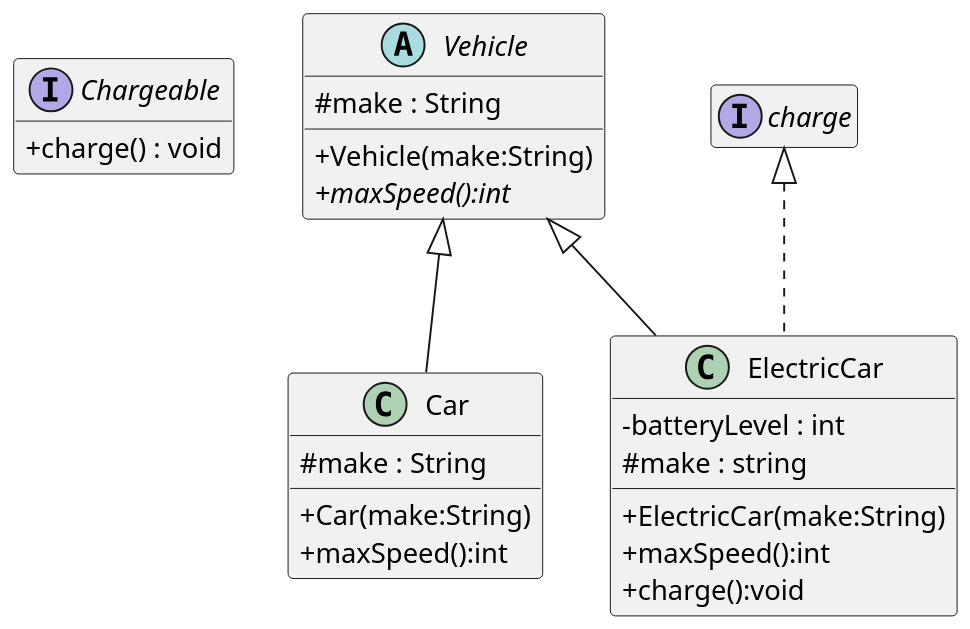
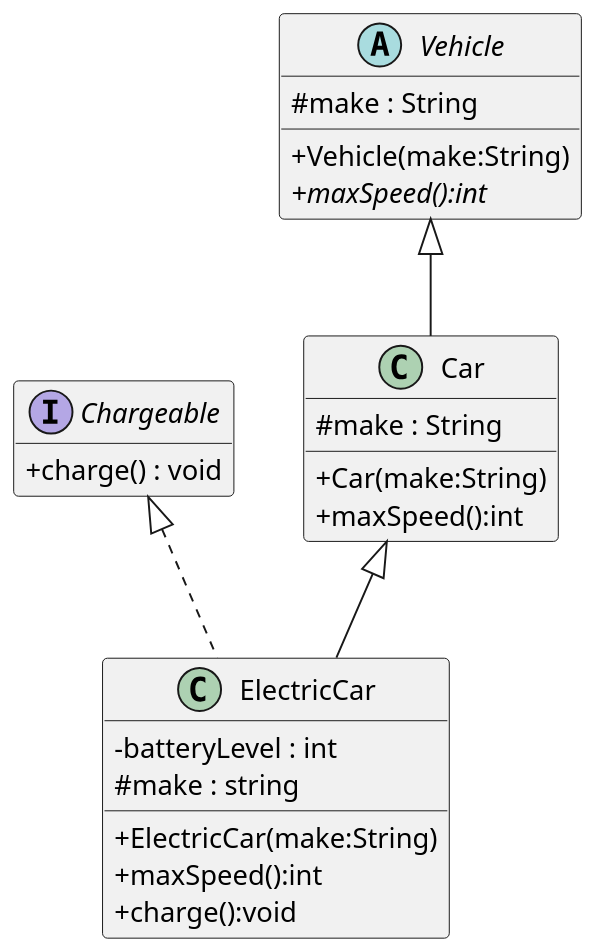
The diagram in plantuml/exercises/vehicles-uml-starter.puml (Twang240/tw-207-course-notes), drawn with PlantUML before and after one commit. The commit also changed 4 other files, not shown here.

```diff
--- a/plantuml/exercises/vehicles-uml-starter.puml
+++ b/plantuml/exercises/vehicles-uml-starter.puml
@@ -1,49 +1,49 @@
 @startuml
 skinparam dpi 150
 skinparam classAttributeIconSize 0
 hide empty members
 
 ' Your task (Chapter 3, Question 2): draw the UML class diagram for the
 ' Vehicle / Car / ElectricCar / Chargeable code.
 '
 ' Define each type as a box, then connect them with the right arrows. One box
 ' (Chargeable) is filled in as an example — complete the other three and add the
 ' relationships.
 '
 ' PlantUML cheat-sheet:
 '   interface Name { + method() : Type }
 '   abstract class Name { # field : Type }
 '   class Name { - field : Type }
 '   Parent    <|-- Child    ' generalization: Child extends Parent
 '   Interface <|.. Class    ' realization:    Class implements Interface
 ' (Putting the parent/interface on the LEFT of the arrow keeps it on top.)
 
 interface Chargeable {
   + charge() : void
 }
 
 abstract class Vehicle {
 #make : String
 +Vehicle(make:String)
 +maxSpeed():int {abstract}
 }
 
 class Car extends Vehicle {
 #make : String
 +Car(make:String)
 +maxSpeed():int
 }
 
-class ElectricCar extends Vehicle implements charge {
+class ElectricCar extends Car implements Chargeable {
 - batteryLevel : int
 # make : string
 +ElectricCar(make:String)
 +maxSpeed():int
 +charge():void
 }
 
 ' TODO: add "class ElectricCar"
 '       (with their fields and methods), then add the arrows between all four
 '       types.
 
 @enduml
```
